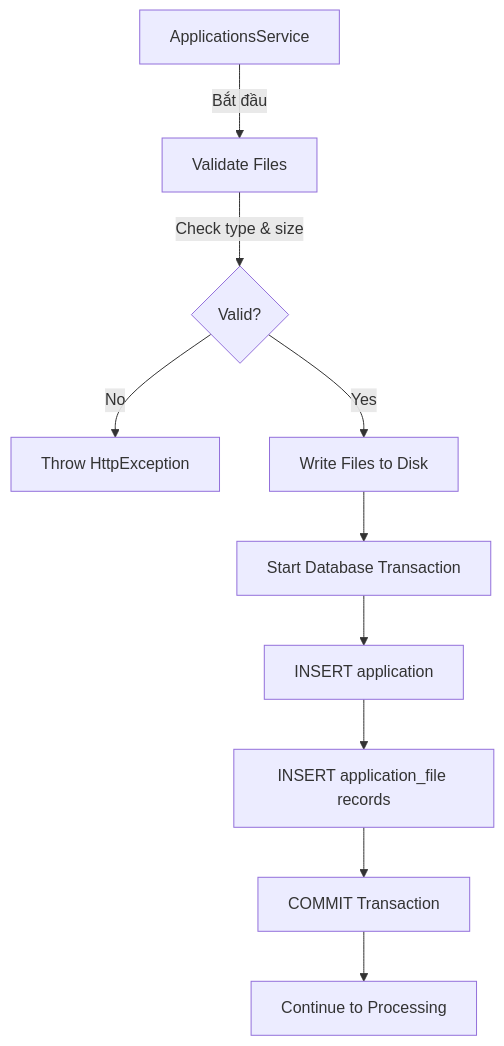
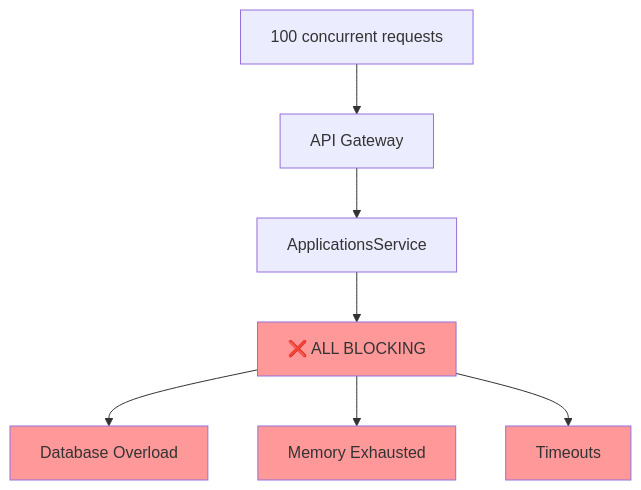
Before and after one commit to huytu0702/university_admission_portal: the third of 3 diagrams in backend/docs/SYSTEM_FLOW_BEFORE_PATTERNS.md, drawn with Mermaid. The commit also changed other lines of this file and 4 other files, not shown here.

````diff
--- a/backend/docs/SYSTEM_FLOW_BEFORE_PATTERNS.md
+++ b/backend/docs/SYSTEM_FLOW_BEFORE_PATTERNS.md
@@ -115,12 +495,14 @@
 ```mermaid
 graph TD
-    A[ApplicationsService] -->|Bắt đầu| B[Validate Files]
-    B -->|Check type & size| C{Valid?}
-    C -->|No| D[Throw HttpException]
-    C -->|Yes| E[Write Files to Disk]
-    E --> F[Start Database Transaction]
-    F --> G[INSERT application]
-    G --> H[INSERT application_file records]
-    H --> I[COMMIT Transaction]
-    I --> J[Continue to Processing]
+    A[100 concurrent requests] --> B[API Gateway]
+    B --> C[ApplicationsService]
+    C --> D[❌ ALL BLOCKING]
+    D --> E[Database Overload]
+    D --> F[Memory Exhausted]
+    D --> G[Timeouts]
+    
+    style D fill:#f99
+    style E fill:#f99
+    style F fill:#f99
+    style G fill:#f99
 ```
````
